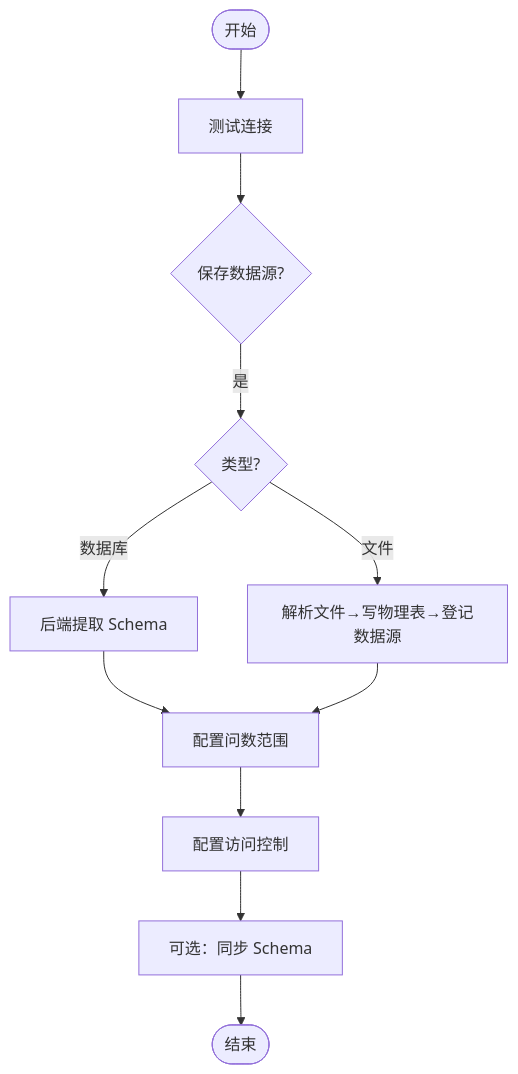
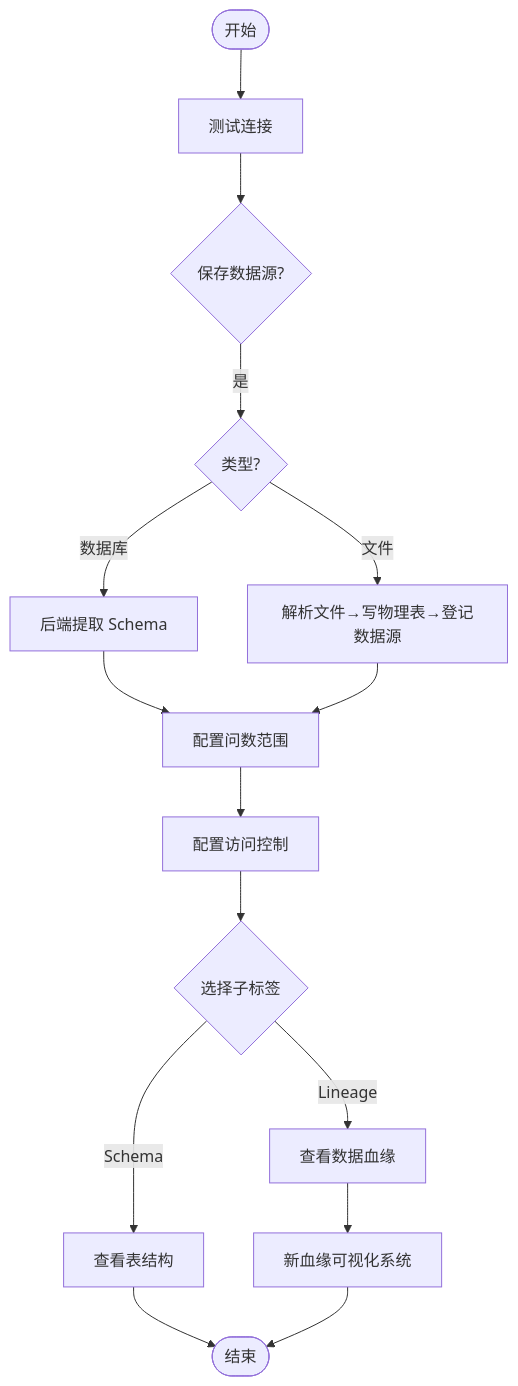
The third of 7 diagrams in .qoder/repowiki/zh/content/前端应用/核心组件库/数据源管理组件.md (dgjin/smart-data-analytics), drawn with Mermaid before and after one commit. The commit also changed other lines of this file and 146 other files, not shown here.

````diff
--- a/.qoder/repowiki/zh/content/前端应用/核心组件库/数据源管理组件.md
+++ b/.qoder/repowiki/zh/content/前端应用/核心组件库/数据源管理组件.md
@@ -136,13 +202,17 @@
 ```mermaid
 flowchart TD
 Start(["开始"]) --> Test["测试连接"]
 Test --> Save{"保存数据源?"}
 Save --> |是| Type{"类型?"}
 Type --> |数据库| Extract["后端提取 Schema"]
 Type --> |文件| Import["解析文件→写物理表→登记数据源"]
 Extract --> Scope["配置问数范围"]
 Import --> Scope
 Scope --> ACL["配置访问控制"]
-ACL --> Sync["可选：同步 Schema"]
-Sync --> End(["结束"])
+ACL --> SubTab{"选择子标签"}
+SubTab --> |Schema| SchemaView["查看表结构"]
+SubTab --> |Lineage| LineageView["查看数据血缘"]
+SchemaView --> End(["结束"])
+LineageView --> NewSystem["新血缘可视化系统"]
+NewSystem --> End
 ```
````
